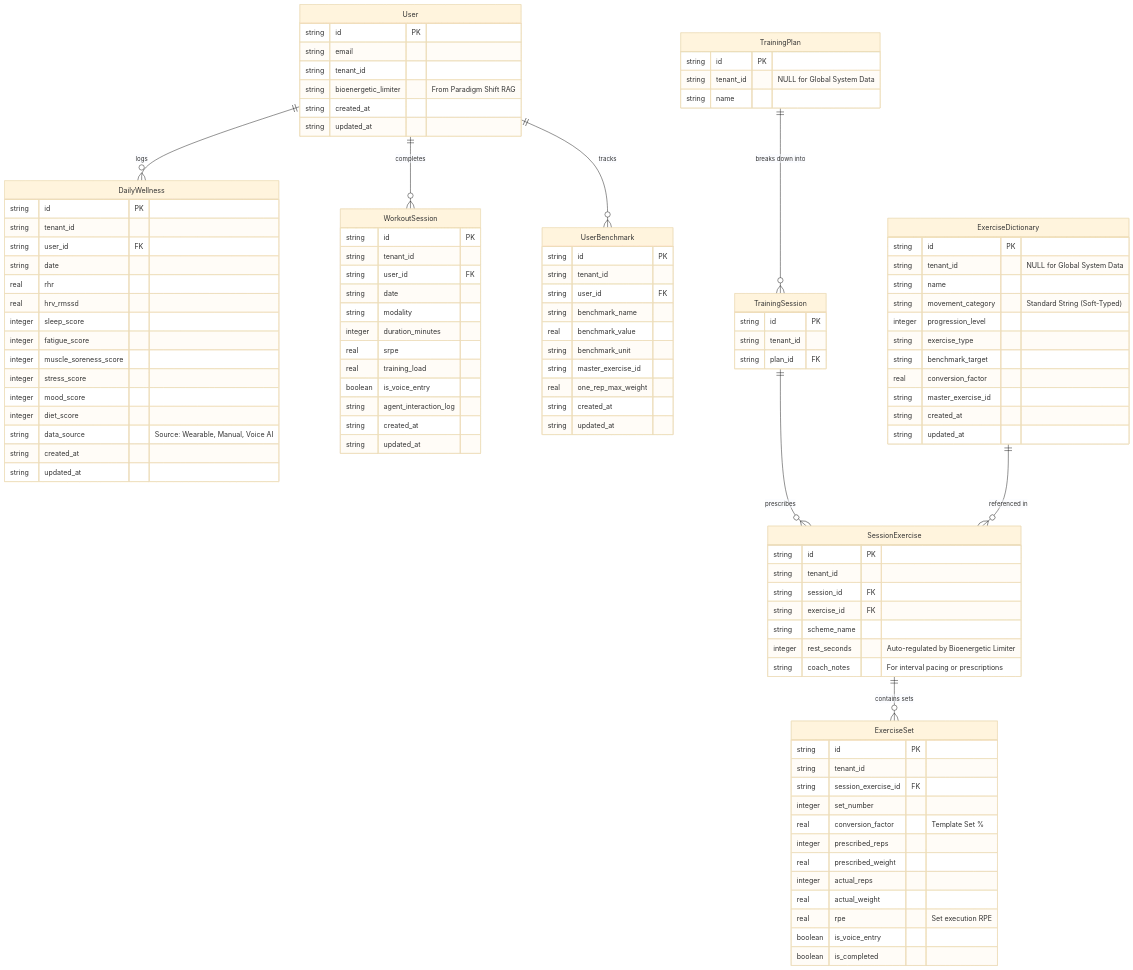
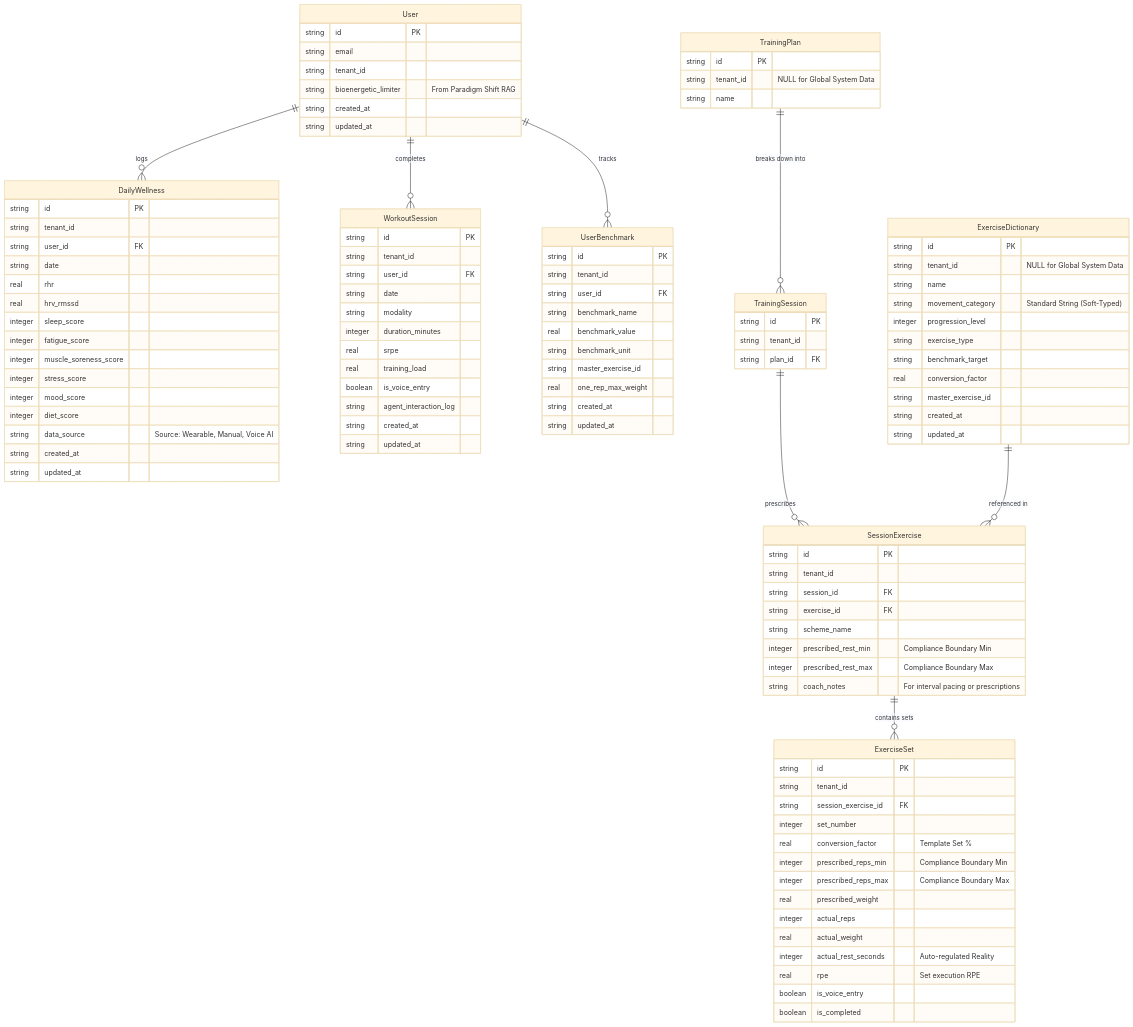
Before and after one commit to jimiryquai/training-manager: the diagram in docs/ERD.md, drawn with Mermaid (base theme). The commit also changed 2 other files, not shown here.

Commit message:
chore: delete dead tenantSettings.service.ts and remove barrel export
Unit 1 of Phase 4. The file had 5 exports that were never used by any
router, agent, or test. Kept: schema type in db/schema.ts, DDL in
tests/setup.ts, and defensive cleanup in seed.ts.

All 355 tests pass unchanged.

```diff
--- a/docs/ERD.md
+++ b/docs/ERD.md
@@ -95,7 +95,8 @@
         string session_id FK
         string exercise_id FK
         string scheme_name
-        integer rest_seconds "Auto-regulated by Bioenergetic Limiter"
+        integer prescribed_rest_min "Compliance Boundary Min"
+        integer prescribed_rest_max "Compliance Boundary Max"
         string coach_notes "For interval pacing or prescriptions"
     }
 
@@ -109,12 +110,14 @@
         real conversion_factor "Template Set %"
         
         %% The Prescription (Calculated by AI using 1RM)
-        integer prescribed_reps
+        integer prescribed_reps_min "Compliance Boundary Min"
+        integer prescribed_reps_max "Compliance Boundary Max"
         real prescribed_weight
         
         %% The Execution (Logged by Athlete/Voice AI)
         integer actual_reps
         real actual_weight
+        integer actual_rest_seconds "Auto-regulated Reality"
         real rpe "Set execution RPE"
         boolean is_voice_entry
         boolean is_completed
```
